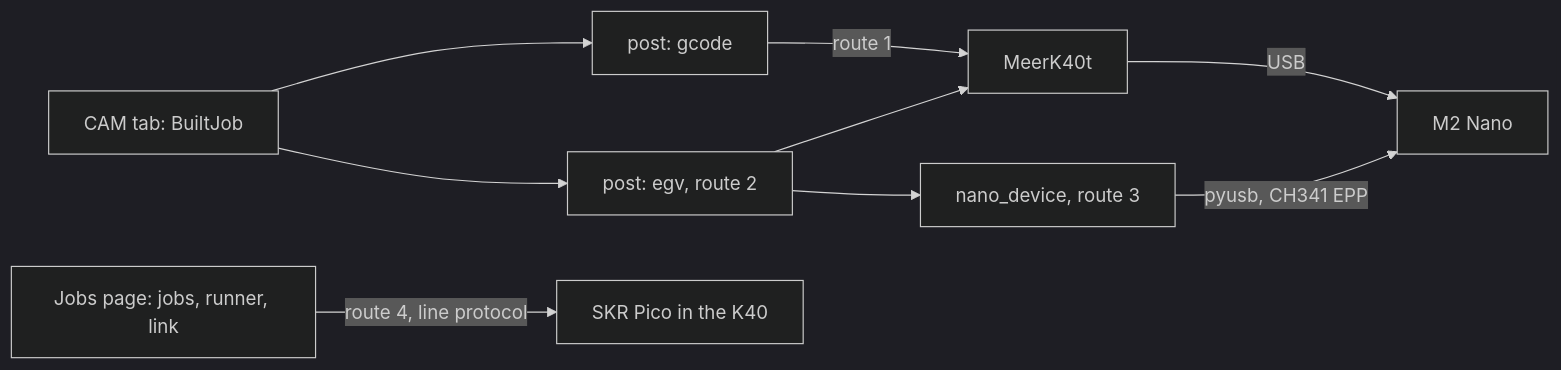
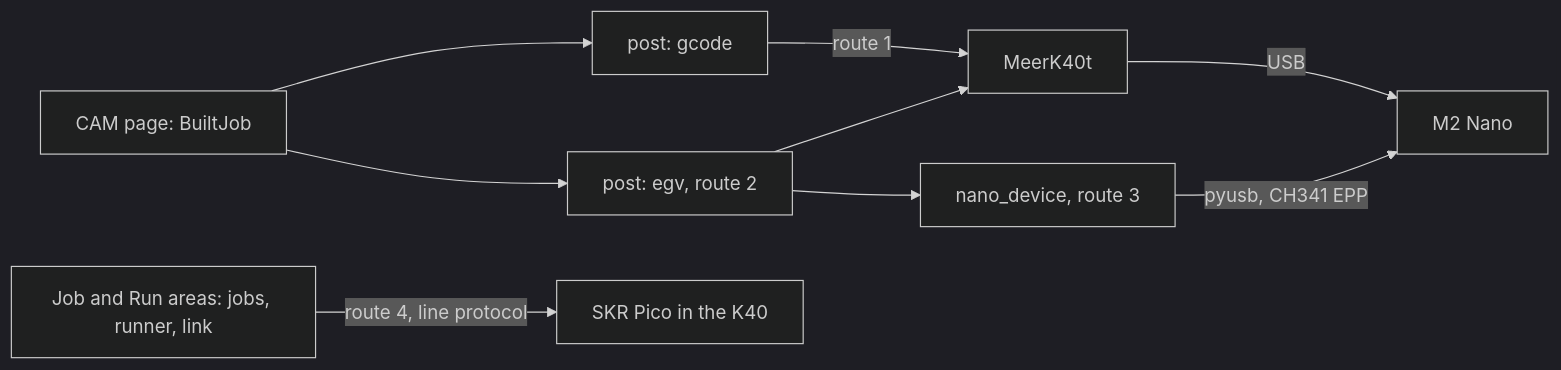
Before and after one commit to tmpk13/spinny-cnc: the diagram in docs/M2_NANO.md, drawn with Mermaid (dark theme). The commit also changed other lines of this file and 15 other files, not shown here.

````diff
--- a/docs/M2_NANO.md
+++ b/docs/M2_NANO.md
@@ -54,9 +54,9 @@
 ```mermaid
 flowchart LR
-    CAM[CAM tab: BuiltJob] --> GC[post: gcode]
+    CAM[CAM page: BuiltJob] --> GC[post: gcode]
     CAM --> EGV[post: egv, route 2]
     GC -->|route 1| MK[MeerK40t] -->|USB| M2[M2 Nano]
     EGV --> MK
     EGV --> ND[nano_device, route 3] -->|pyusb, CH341 EPP| M2
-    JOB[Jobs page: jobs, runner, link] -->|route 4, line protocol| PICO[SKR Pico in the K40]
+    JOB[Job and Run areas: jobs, runner, link] -->|route 4, line protocol| PICO[SKR Pico in the K40]
 ```
````
